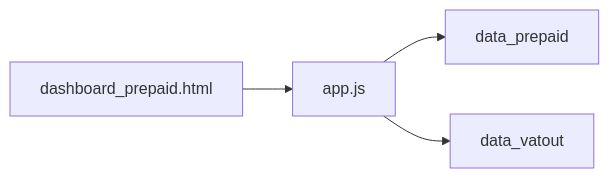
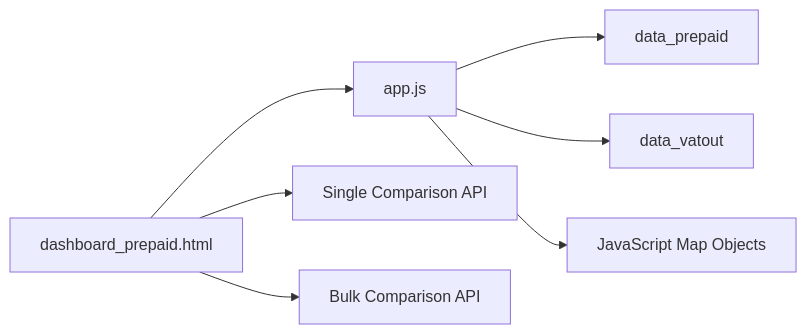
The fifth of 5 diagrams in .qoder/repowiki/en/content/API Reference/REST API Endpoints/Specialized Comparison APIs.md (rendisiagian/TDS_by_RENDISIAGIAN), drawn with Mermaid before and after one commit. The commit also changed other lines of this file and 91 other files, not shown here.

````diff
--- a/.qoder/repowiki/en/content/API Reference/REST API Endpoints/Specialized Comparison APIs.md
+++ b/.qoder/repowiki/en/content/API Reference/REST API Endpoints/Specialized Comparison APIs.md
@@ -200,6 +325,9 @@
 ```mermaid
 graph LR
 APP["app.js"] --> PREP["data_prepaid"]
 APP --> VOUT["data_vatout"]
+APP --> MAPS["JavaScript Map Objects"]
 UI["dashboard_prepaid.html"] --> APP
+UI --> SINGLE["Single Comparison API"]
+UI --> BULK["Bulk Comparison API"]
 ```
````
